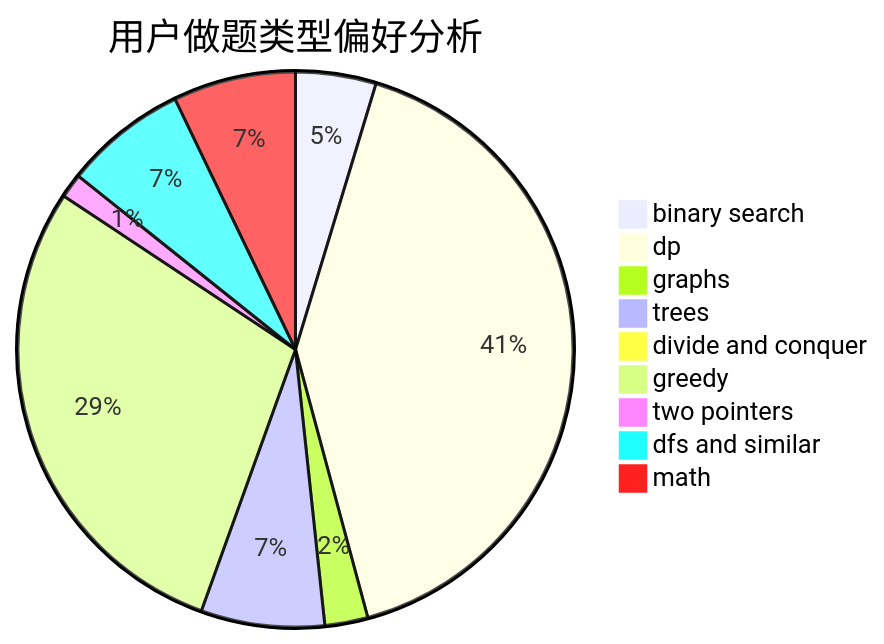
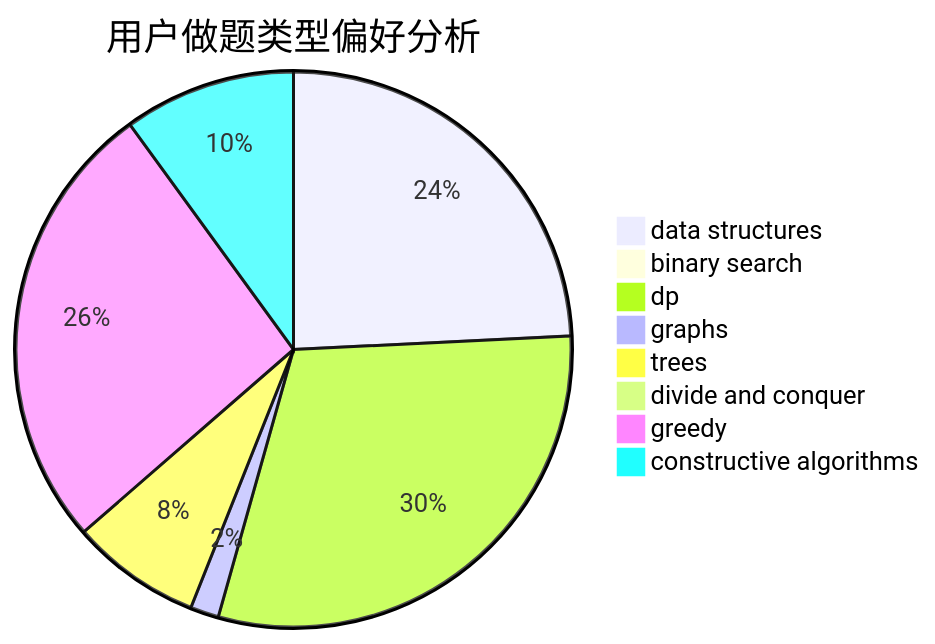
Before and after one commit to sherpahu/cfrs.github.io: the second of 3 diagrams in docs/user/u2618.md, drawn with Mermaid. The commit also changed other lines of this file and 2775 other files, not shown here.

````diff
--- a/docs/user/u2618.md
+++ b/docs/user/u2618.md
@@ -23,12 +23,11 @@
 ```mermaid
 pie title 用户做题类型偏好分析
-    "binary search" :  86
-    "dp" :  755
-    "graphs" :  46
-    "trees" :  132
+    "data structures" :  380
+    "binary search" :  7
+    "dp" :  473
+    "graphs" :  26
+    "trees" :  119
     "divide and conquer" :  8
-    "greedy" :  529
-    "two pointers" :  26
-    "dfs and similar" :  131
-    "math" :  131
+    "greedy" :  414
+    "constructive algorithms" :  157
 ```
````
